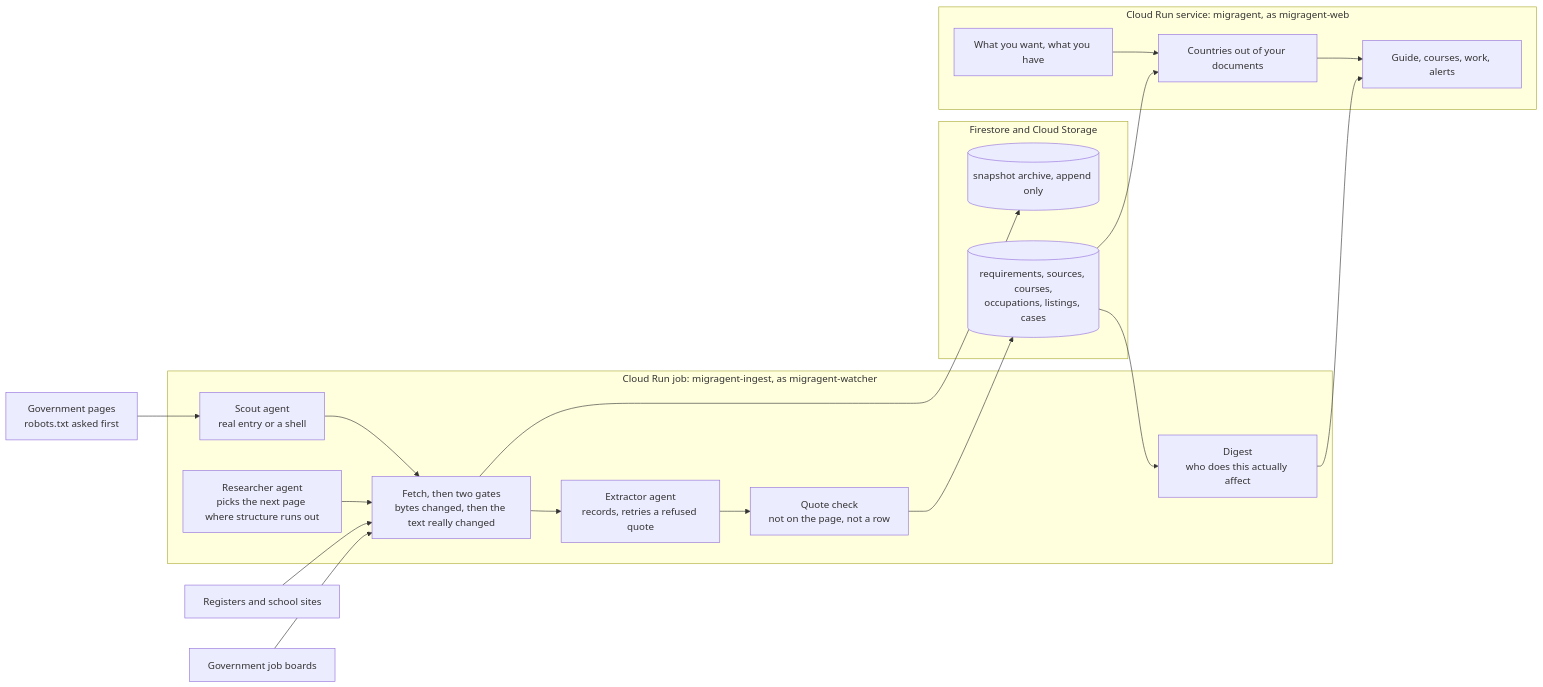
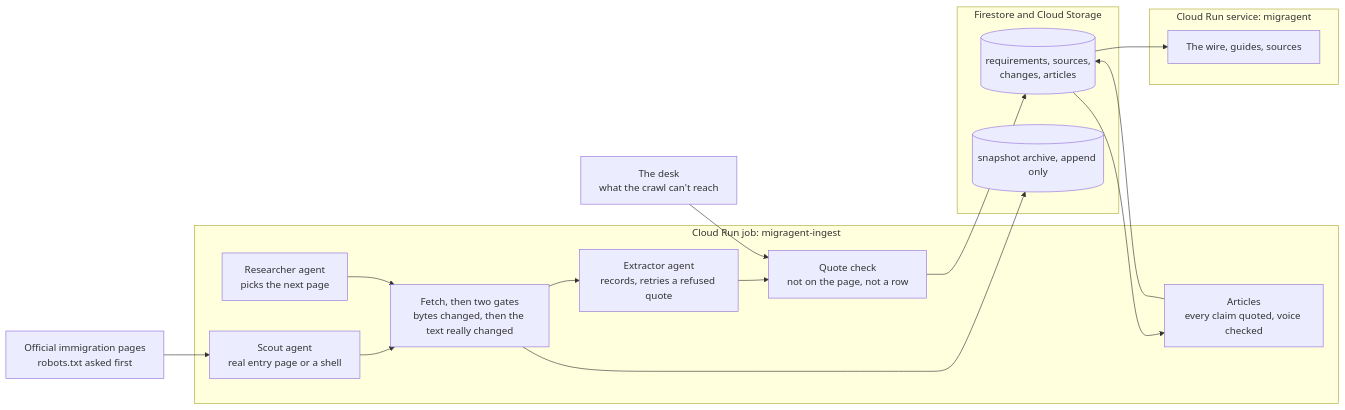
Before and after one commit to cnpierrepapi/migragent: the diagram in README.md, drawn with Mermaid. The commit also changed other lines of this file and 1 other file, not shown here.

Commit message:
README: describe the immigration wire it is now, not the case tool it was; fix lane-check test for the public= arg

````diff
--- a/README.md
+++ b/README.md
@@ -85,36 +86,30 @@
 ```mermaid
 flowchart LR
-    GOV["Government pages<br/>robots.txt asked first"]
-    REG["Registers and school sites"]
-    BOARD["Government job boards"]
+    GOV["Official immigration pages<br/>robots.txt asked first"]
+    DESK["The desk<br/>what the crawl can't reach"]
 
-    subgraph job["Cloud Run job: migragent-ingest, as migragent-watcher"]
-        SCOUT["Scout agent<br/>real entry or a shell"]
-        AGENT["Researcher agent<br/>picks the next page where structure runs out"]
+    subgraph job["Cloud Run job: migragent-ingest"]
+        SCOUT["Scout agent<br/>real entry page or a shell"]
+        AGENT["Researcher agent<br/>picks the next page"]
         FETCH["Fetch, then two gates<br/>bytes changed, then the text really changed"]
         EXTRACT["Extractor agent<br/>records, retries a refused quote"]
         QUOTE["Quote check<br/>not on the page, not a row"]
-        DIGEST["Digest<br/>who does this actually affect"]
+        WRITE["Articles<br/>every claim quoted, voice checked"]
     end
 
     subgraph store["Firestore and Cloud Storage"]
-        ROWS[(requirements, sources, courses,<br/>occupations, listings, cases)]
+        ROWS[(requirements, sources,<br/>changes, articles)]
         SNAP[(snapshot archive, append only)]
     end
 
-    subgraph web["Cloud Run service: migragent, as migragent-web"]
-        FLOW["What you want, what you have"]
-        ELIG["Countries out of your documents"]
-        OUT["Guide, courses, work, alerts"]
+    subgraph web["Cloud Run service: migragent"]
+        WIRE["The wire, guides, sources"]
     end
 
     GOV --> SCOUT --> FETCH
-    REG --> FETCH
-    BOARD --> FETCH
     AGENT --> FETCH --> EXTRACT --> QUOTE --> ROWS
     FETCH --> SNAP
-    ROWS --> DIGEST
-    ROWS --> ELIG
-    FLOW --> ELIG --> OUT
-    DIGEST --> OUT
+    ROWS --> WRITE --> ROWS
+    DESK --> QUOTE
+    ROWS --> WIRE
 ```
````
